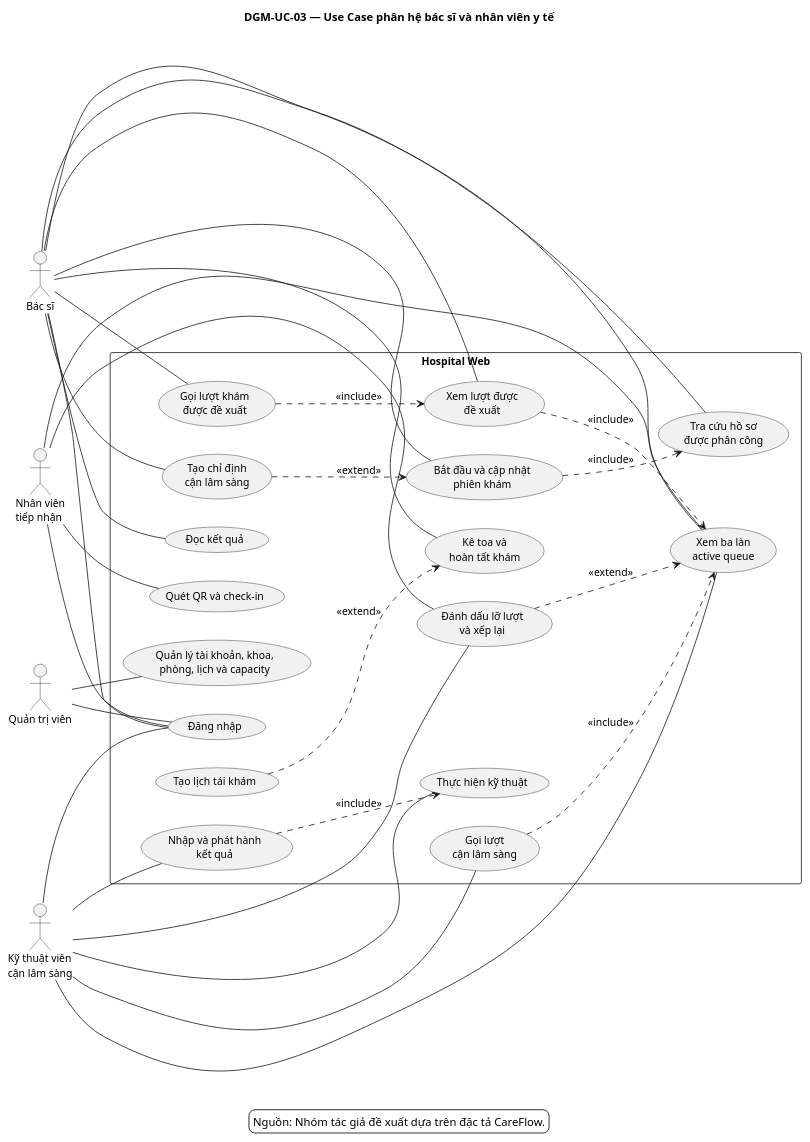
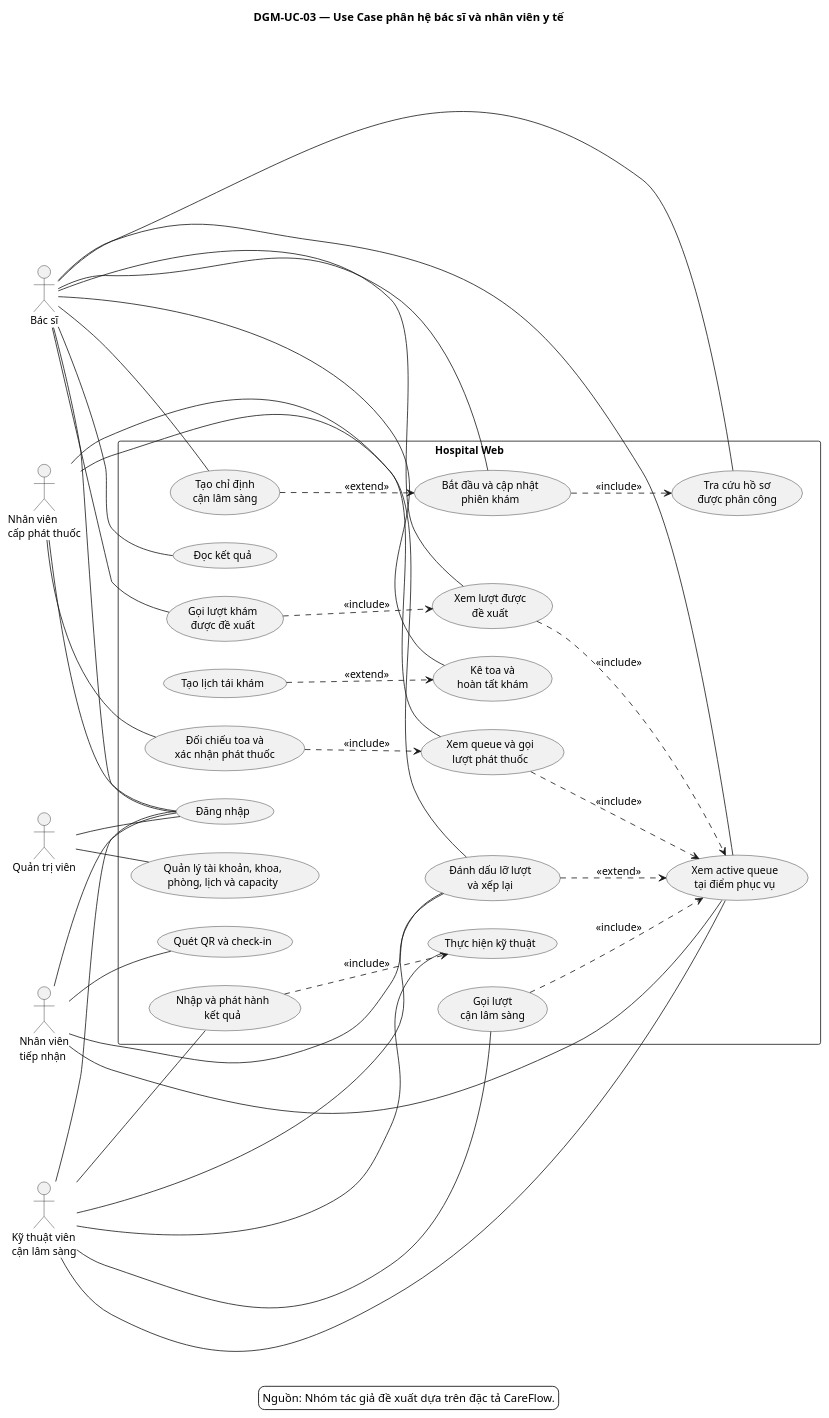
Before and after one commit to ntkhai268/careflow: the diagram in docs/report/chapter-03/diagrams/use-case/dgm-uc-03-hospital.puml, drawn with PlantUML. The commit also changed 18 other files, not shown here.

Commit message:
docs: refine queue types and pharmacy dispensing flow

```diff
--- a/docs/report/chapter-03/diagrams/use-case/dgm-uc-03-hospital.puml
+++ b/docs/report/chapter-03/diagrams/use-case/dgm-uc-03-hospital.puml
@@ -1,71 +1,81 @@
 @startuml
 title DGM-UC-03 — Use Case phân hệ bác sĩ và nhân viên y tế
 
 left to right direction
 skinparam backgroundColor white
 skinparam shadowing false
 skinparam defaultFontName Arial
 skinparam defaultFontSize 13
 
 actor "Bác sĩ" as Doctor
 actor "Nhân viên\ntiếp nhận" as Reception
 actor "Kỹ thuật viên\ncận lâm sàng" as LabTech
+actor "Nhân viên\ncấp phát thuốc" as PharmacyStaff
 actor "Quản trị viên" as Admin
 
 rectangle "Hospital Web" {
   usecase "Đăng nhập" as Login
   usecase "Quét QR và check-in" as CheckIn
-  usecase "Xem ba làn\nactive queue" as ViewQueue
+  usecase "Xem active queue\ntại điểm phục vụ" as ViewQueue
   usecase "Xem lượt được\nđề xuất" as Suggest
   usecase "Gọi lượt khám\nđược đề xuất" as CallClinic
   usecase "Gọi lượt\ncận lâm sàng" as CallLab
+  usecase "Xem queue và gọi\nlượt phát thuốc" as CallPharmacy
   usecase "Đánh dấu lỡ lượt\nvà xếp lại" as Miss
   usecase "Tra cứu hồ sơ\nđược phân công" as ViewPatient
   usecase "Bắt đầu và cập nhật\nphiên khám" as Consult
   usecase "Tạo chỉ định\ncận lâm sàng" as Order
   usecase "Thực hiện kỹ thuật" as ExecuteLab
   usecase "Nhập và phát hành\nkết quả" as FinalizeResult
   usecase "Đọc kết quả" as Review
   usecase "Kê toa và\nhoàn tất khám" as Complete
   usecase "Tạo lịch tái khám" as FollowUp
+  usecase "Đối chiếu toa và\nxác nhận phát thuốc" as Dispense
   usecase "Quản lý tài khoản, khoa,\nphòng, lịch và capacity" as Configure
 }
 
 Doctor -- Login
 Doctor -- ViewQueue
 Doctor -- Suggest
 Doctor -- CallClinic
 Doctor -- ViewPatient
 Doctor -- Consult
 Doctor -- Order
 Doctor -- Review
 Doctor -- Complete
 
 Reception -- Login
 Reception -- CheckIn
 Reception -- ViewQueue
 Reception -- Miss
 
 LabTech -- Login
 LabTech -- ViewQueue
 LabTech -- CallLab
 LabTech -- Miss
 LabTech -- ExecuteLab
 LabTech -- FinalizeResult
 
+PharmacyStaff -- Login
+PharmacyStaff -- CallPharmacy
+PharmacyStaff -- Miss
+PharmacyStaff -- Dispense
+
 Admin -- Login
 Admin -- Configure
 
 Suggest ..> ViewQueue : <<include>>
 CallClinic ..> Suggest : <<include>>
 CallLab ..> ViewQueue : <<include>>
+CallPharmacy ..> ViewQueue : <<include>>
+Dispense ..> CallPharmacy : <<include>>
 Miss ..> ViewQueue : <<extend>>
 Consult ..> ViewPatient : <<include>>
 Order ..> Consult : <<extend>>
 FinalizeResult ..> ExecuteLab : <<include>>
 FollowUp ..> Complete : <<extend>>
 
 legend bottom
   Nguồn: Nhóm tác giả đề xuất dựa trên đặc tả CareFlow.
 endlegend
 @enduml
```
